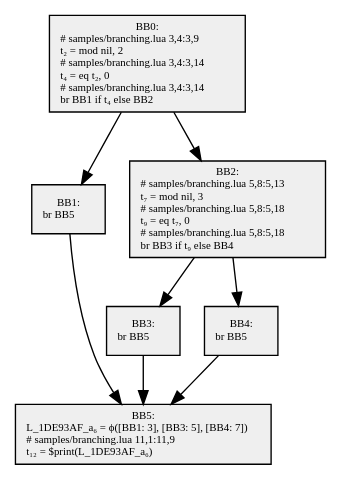
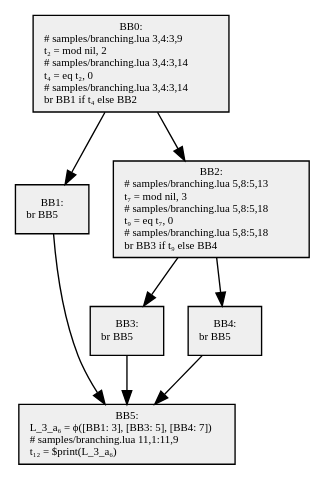
One commit to GGG-KILLER/SimpleCompiler changed the diagram in src/SimpleCompiler.Cli/samples/obj/branching.3.dot. Above: the diagram before and after it, drawn with Graphviz. The commit also changed 27 other files, not shown here.

```diff
--- a/src/SimpleCompiler.Cli/samples/obj/branching.3.dot
+++ b/src/SimpleCompiler.Cli/samples/obj/branching.3.dot
@@ -1,17 +1,17 @@
 digraph {
   node[shape=box style=filled fontsize=8 fontname="Cascadia Code" fillcolor="#efefef"];
   BB0 [label="BB0:\n# samples/branching.lua 3,4:3,9\lt₂ = mod nil, 2\l# samples/branching.lua 3,4:3,14\lt₄ = eq t₂, 0\l# samples/branching.lua 3,4:3,14\lbr BB1 if t₄ else BB2\l"];
   BB1 [label="BB1:\nbr BB5\l"];
   BB2 [label="BB2:\n# samples/branching.lua 5,8:5,13\lt₇ = mod nil, 3\l# samples/branching.lua 5,8:5,18\lt₉ = eq t₇, 0\l# samples/branching.lua 5,8:5,18\lbr BB3 if t₉ else BB4\l"];
   BB3 [label="BB3:\nbr BB5\l"];
   BB4 [label="BB4:\nbr BB5\l"];
-  BB5 [label="BB5:\nL_1DE93AF_a₆ = ϕ([BB1: 3], [BB3: 5], [BB4: 7])\l# samples/branching.lua 11,1:11,9\lt₁₂ = $print(L_1DE93AF_a₆)\l"];
+  BB5 [label="BB5:\nL_3_a₆ = ϕ([BB1: 3], [BB3: 5], [BB4: 7])\l# samples/branching.lua 11,1:11,9\lt₁₂ = $print(L_3_a₆)\l"];
 
   BB0 -> BB1;
   BB0 -> BB2;
   BB2 -> BB3;
   BB2 -> BB4;
   BB1 -> BB5;
   BB3 -> BB5;
   BB4 -> BB5;
 }
```
